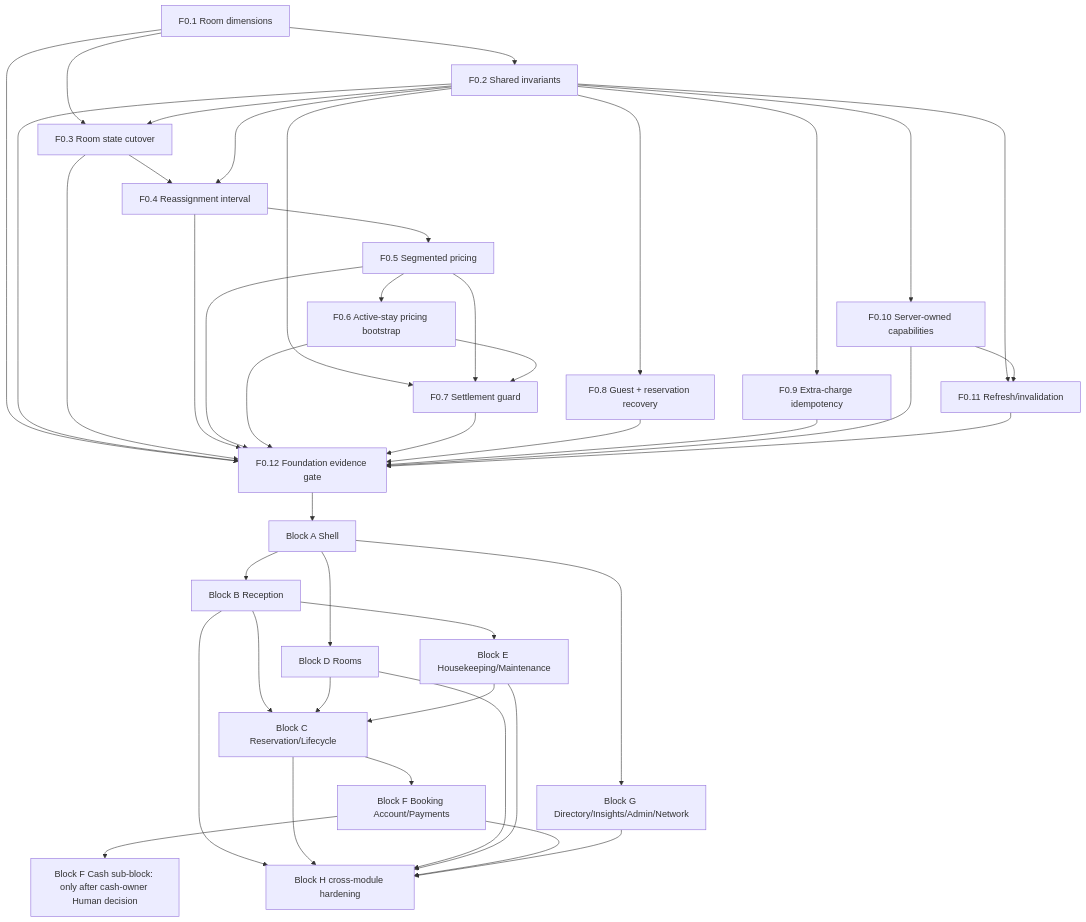
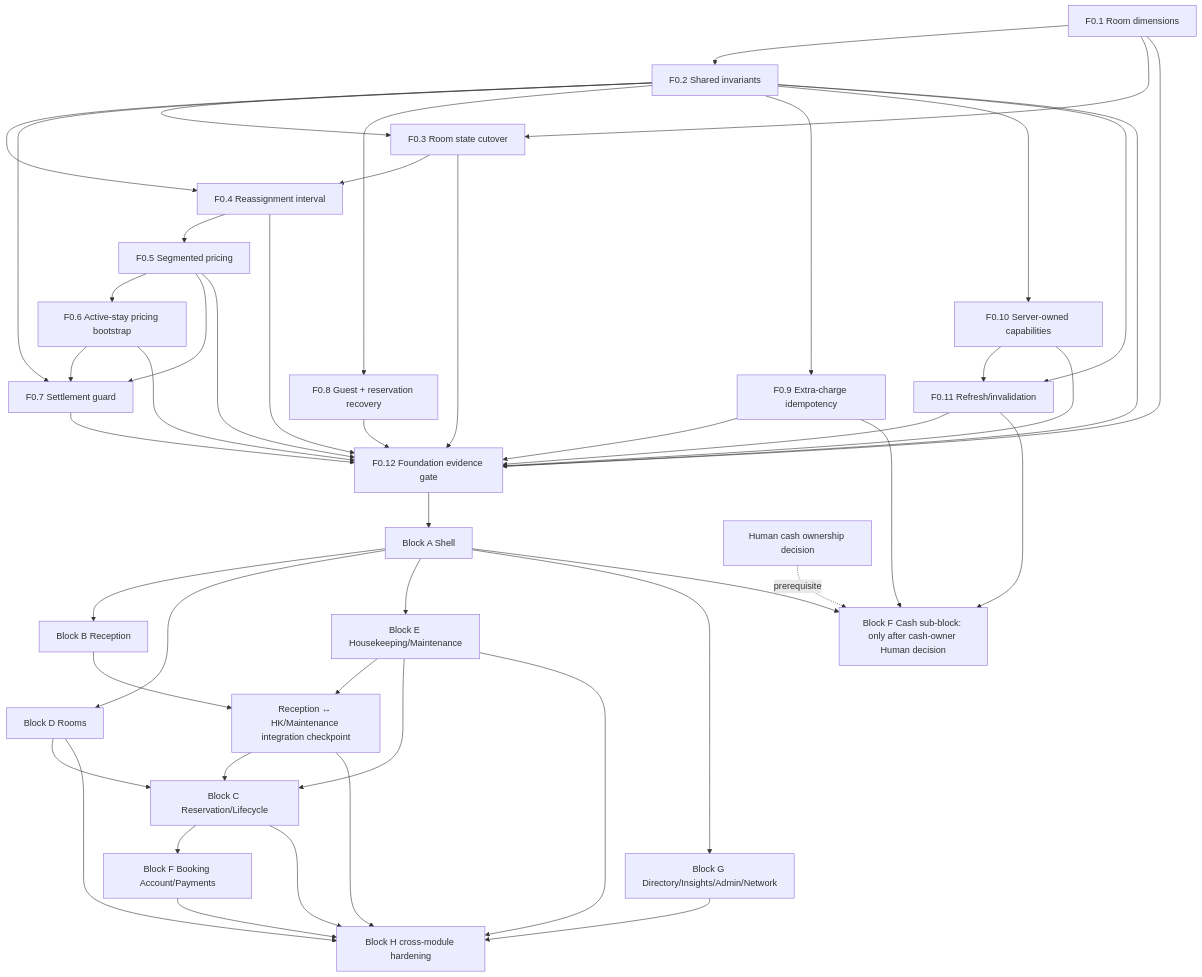
Before and after one commit to sjo1848/hms-cloudflare: the diagram in docs/implementation-roadmap/HMS-IMPLEMENTATION-ROADMAP-DEPENDENCY-DAG-V1.md, drawn with Mermaid. The commit also changed other lines of this file and 11 other files, not shown here.

Commit message:
docs: repair implementation roadmap controller findings

````diff
--- a/docs/implementation-roadmap/HMS-IMPLEMENTATION-ROADMAP-DEPENDENCY-DAG-V1.md
+++ b/docs/implementation-roadmap/HMS-IMPLEMENTATION-ROADMAP-DEPENDENCY-DAG-V1.md
@@ -5,45 +5,50 @@
 ```mermaid
 flowchart TD
   F01[F0.1 Room dimensions] --> F02[F0.2 Shared invariants]
   F01 --> F03[F0.3 Room state cutover]
   F02 --> F03
   F03 --> F04[F0.4 Reassignment interval]
   F02 --> F04
   F04 --> F05[F0.5 Segmented pricing]
   F05 --> F06[F0.6 Active-stay pricing bootstrap]
   F02 --> F07[F0.7 Settlement guard]
   F05 --> F07
   F06 --> F07
   F02 --> F08[F0.8 Guest + reservation recovery]
   F02 --> F09[F0.9 Extra-charge idempotency]
   F02 --> F10[F0.10 Server-owned capabilities]
   F02 --> F11[F0.11 Refresh/invalidation]
   F10 --> F11
   F01 --> F12[F0.12 Foundation evidence gate]
   F02 --> F12
   F03 --> F12
   F04 --> F12
   F05 --> F12
   F06 --> F12
   F07 --> F12
   F08 --> F12
   F09 --> F12
   F10 --> F12
   F11 --> F12
   F12 --> A[Block A Shell]
   A --> B[Block B Reception]
   A --> D[Block D Rooms]
+  A --> E[Block E Housekeeping/Maintenance]
   A --> G[Block G Directory/Insights/Admin/Network]
-  B --> C[Block C Reservation/Lifecycle]
-  B --> E[Block E Housekeeping/Maintenance]
+  B --> BE[Reception ↔ HK/Maintenance integration checkpoint]
+  E --> BE
+  BE --> C[Block C Reservation/Lifecycle]
   D --> C
   E --> C
   C --> F[Block F Booking Account/Payments]
-  F --> FC[Block F Cash sub-block: only after cash-owner Human decision]
-  B --> H[Block H cross-module hardening]
+  A --> FC[Block F Cash sub-block: only after cash-owner Human decision]
+  F09 --> FC
+  F11 --> FC
+  CO[Human cash ownership decision] -. prerequisite .-> FC
+  BE --> H[Block H cross-module hardening]
   C --> H
   D --> H
   E --> H
   F --> H
   G --> H
 ```
````
